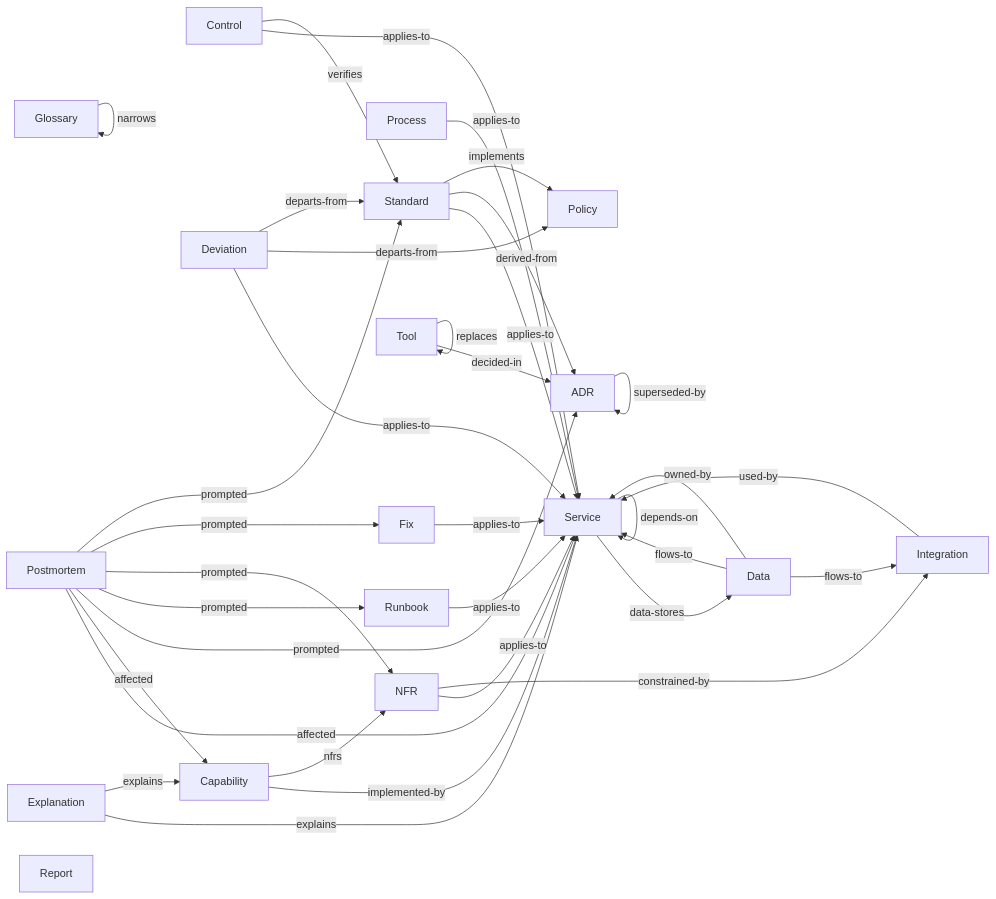
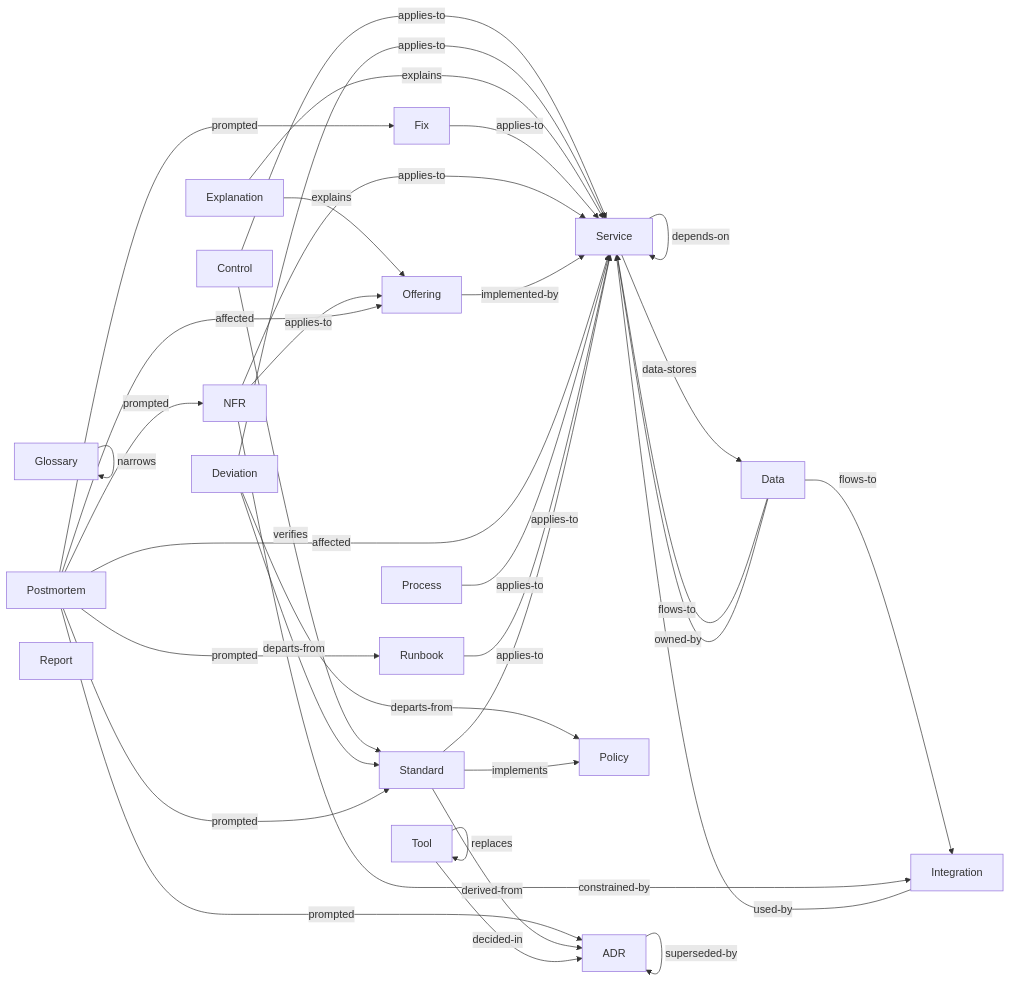
The diagram in template/knowledge-as-code/taxonomy.md (paul80nd/knowledge-as-code), drawn with Mermaid before and after one commit. The commit also changed other lines of this file and 103 other files, not shown here.

First line of the commit message:
Measure `capabilities` against current practice, and rename the type to `offering` (#673)

````diff
--- a/template/knowledge-as-code/taxonomy.md
+++ b/template/knowledge-as-code/taxonomy.md
@@ -146,56 +146,56 @@
 ```mermaid
 graph LR;
   t_adrs[ADR];
-  t_capabilities[Capability];
   t_controls[Control];
   t_data[Data];
   t_deviations[Deviation];
   t_explanations[Explanation];
   t_fixes[Fix];
   t_glossary[Glossary];
   t_integrations[Integration];
   t_nfrs[NFR];
+  t_offerings[Offering];
   t_policies[Policy];
   t_postmortems[Postmortem];
   t_processes[Process];
   t_reports[Report];
   t_runbooks[Runbook];
   t_services[Service];
   t_standards[Standard];
   t_tools[Tool];
   t_adrs -- related --> t_adrs;
   t_adrs -- superseded-by --> t_adrs;
-  t_capabilities -- implemented-by --> t_services;
-  t_capabilities -- nfrs --> t_nfrs;
   t_controls -- applies-to --> t_services;
   t_controls -- verifies --> t_standards;
   t_data -- flows-to --> t_services;
   t_data -- flows-to --> t_integrations;
   t_data -- owned-by --> t_services;
   t_deviations -- applies-to --> t_services;
   t_deviations -- departs-from --> t_policies;
   t_deviations -- departs-from --> t_standards;
   t_explanations -- explains --> t_services;
-  t_explanations -- explains --> t_capabilities;
+  t_explanations -- explains --> t_offerings;
   t_fixes -- applies-to --> t_services;
   t_glossary -- narrows --> t_glossary;
   t_integrations -- used-by --> t_services;
   t_nfrs -- applies-to --> t_services;
+  t_nfrs -- applies-to --> t_offerings;
   t_nfrs -- constrained-by --> t_integrations;
+  t_offerings -- implemented-by --> t_services;
   t_postmortems -- affected --> t_services;
-  t_postmortems -- affected --> t_capabilities;
+  t_postmortems -- affected --> t_offerings;
   t_postmortems -- prompted --> t_adrs;
   t_postmortems -- prompted --> t_runbooks;
   t_postmortems -- prompted --> t_nfrs;
   t_postmortems -- prompted --> t_fixes;
   t_postmortems -- prompted --> t_standards;
   t_processes -- applies-to --> t_services;
   t_runbooks -- applies-to --> t_services;
   t_services -- data-stores --> t_data;
   t_services -- depends-on --> t_services;
   t_standards -- applies-to --> t_services;
   t_standards -- derived-from --> t_adrs;
   t_standards -- implements --> t_policies;
   t_tools -- decided-in --> t_adrs;
   t_tools -- replaces --> t_tools;
 ```
````
